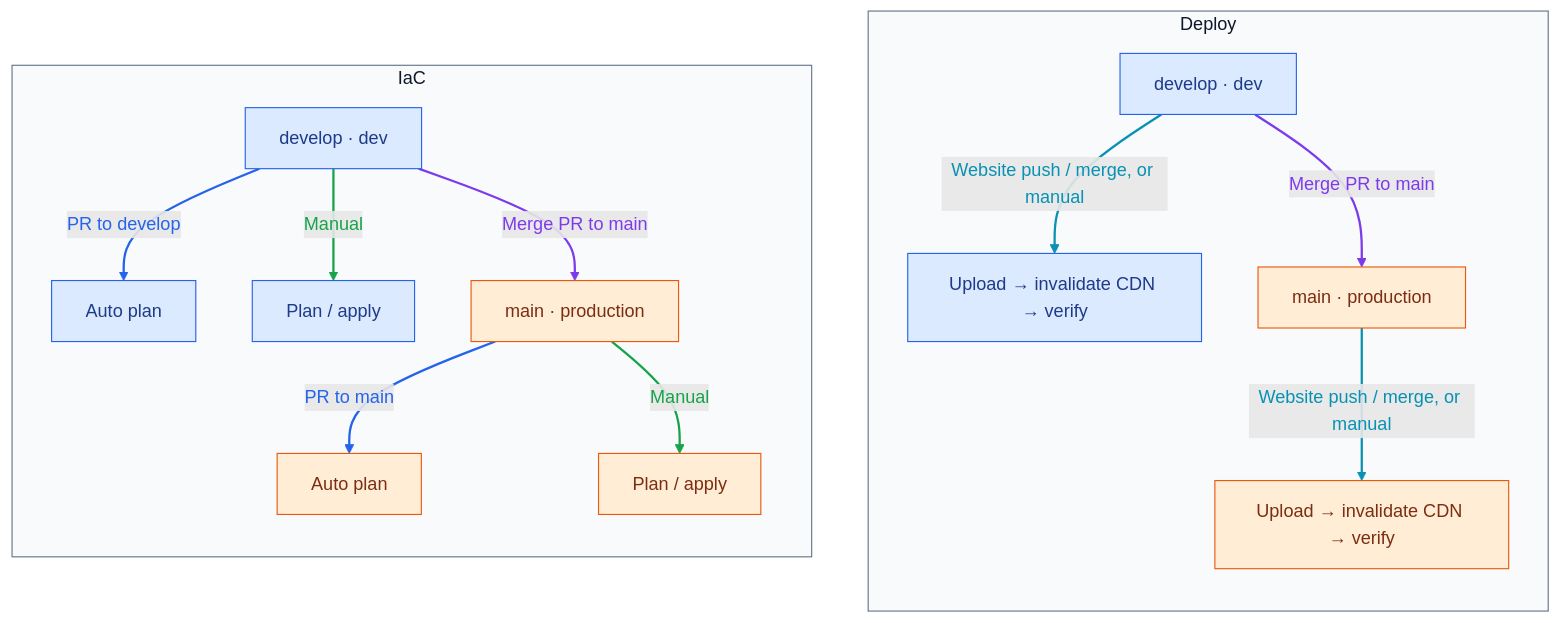
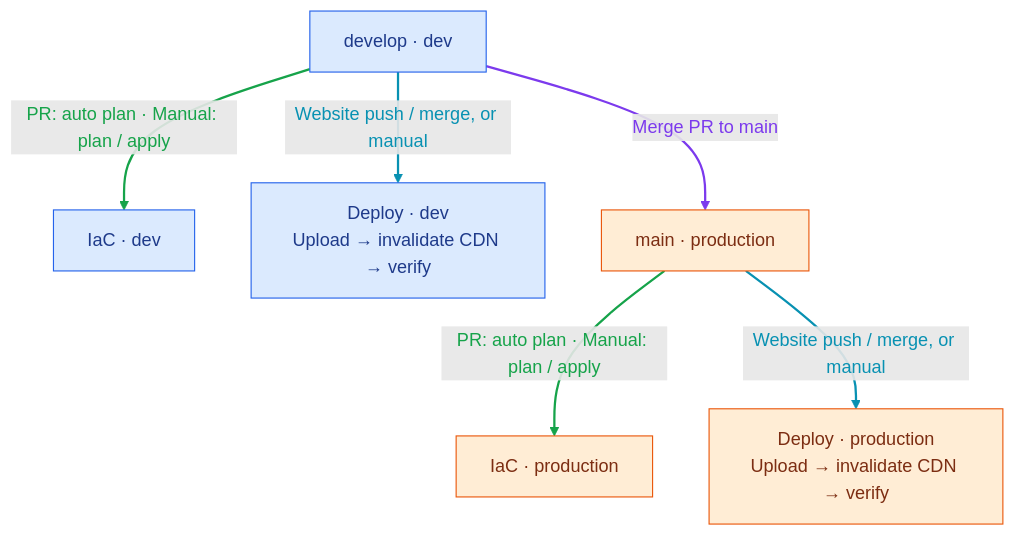
The second of 2 diagrams in README.md (gtaufic/my-website), drawn with Mermaid before and after one commit. The commit also changed 1 other file, not shown here.

Commit message:
Updaet readme

````diff
--- a/README.md
+++ b/README.md
@@ -21,32 +21,16 @@
 ```mermaid
-flowchart LR
-    subgraph iac_lane["IaC"]
-        direction TB
-        iac_dev["develop · dev"] -->|PR to develop| dev_plan["Auto plan"]
-        iac_dev -->|Manual| dev_apply["Plan / apply"]
-        iac_dev -->|Merge PR to main| iac_prod["main · production"]
-        iac_prod -->|PR to main| prod_plan["Auto plan"]
-        iac_prod -->|Manual| prod_apply["Plan / apply"]
-    end
-
-    subgraph deploy_lane["Deploy"]
-        direction TB
-        deploy_dev["develop · dev"] -->|Website push / merge, or manual| dev_release["Upload → invalidate CDN → verify"]
-        deploy_dev -->|Merge PR to main| deploy_prod["main · production"]
-        deploy_prod -->|Website push / merge, or manual| prod_release["Upload → invalidate CDN → verify"]
-    end
-
-    iac_lane ~~~ deploy_lane
+flowchart TB
+    develop["develop · dev"] -->|PR: auto plan · Manual: plan / apply| dev_iac["IaC · dev"]
+    develop -->|Website push / merge, or manual| dev_deploy["Deploy · dev<br/>Upload → invalidate CDN → verify"]
+    develop -->|Merge PR to main| main["main · production"]
+    main -->|PR: auto plan · Manual: plan / apply| production_iac["IaC · production"]
+    main -->|Website push / merge, or manual| production_deploy["Deploy · production<br/>Upload → invalidate CDN → verify"]
 
     classDef dev fill:#dbeafe,stroke:#2563eb,color:#1e3a8a
     classDef production fill:#ffedd5,stroke:#ea580c,color:#7c2d12
-    class iac_dev,dev_plan,dev_apply,deploy_dev,dev_release dev
-    class iac_prod,prod_plan,prod_apply,deploy_prod,prod_release production
-    style iac_lane fill:#f8fafc,stroke:#64748b,color:#0f172a
-    style deploy_lane fill:#f8fafc,stroke:#64748b,color:#0f172a
-
-    linkStyle 0,3 stroke:#2563eb,color:#2563eb,stroke-width:2px
-    linkStyle 1,4 stroke:#16a34a,color:#16a34a,stroke-width:2px
-    linkStyle 2,6 stroke:#7c3aed,color:#7c3aed,stroke-width:2px
-    linkStyle 5,7 stroke:#0891b2,color:#0891b2,stroke-width:2px
+    class develop,dev_iac,dev_deploy dev
+    class main,production_iac,production_deploy production
+    linkStyle 0,3 stroke:#16a34a,color:#16a34a,stroke-width:2px
+    linkStyle 1,4 stroke:#0891b2,color:#0891b2,stroke-width:2px
+    linkStyle 2 stroke:#7c3aed,color:#7c3aed,stroke-width:2px
 ```
````
